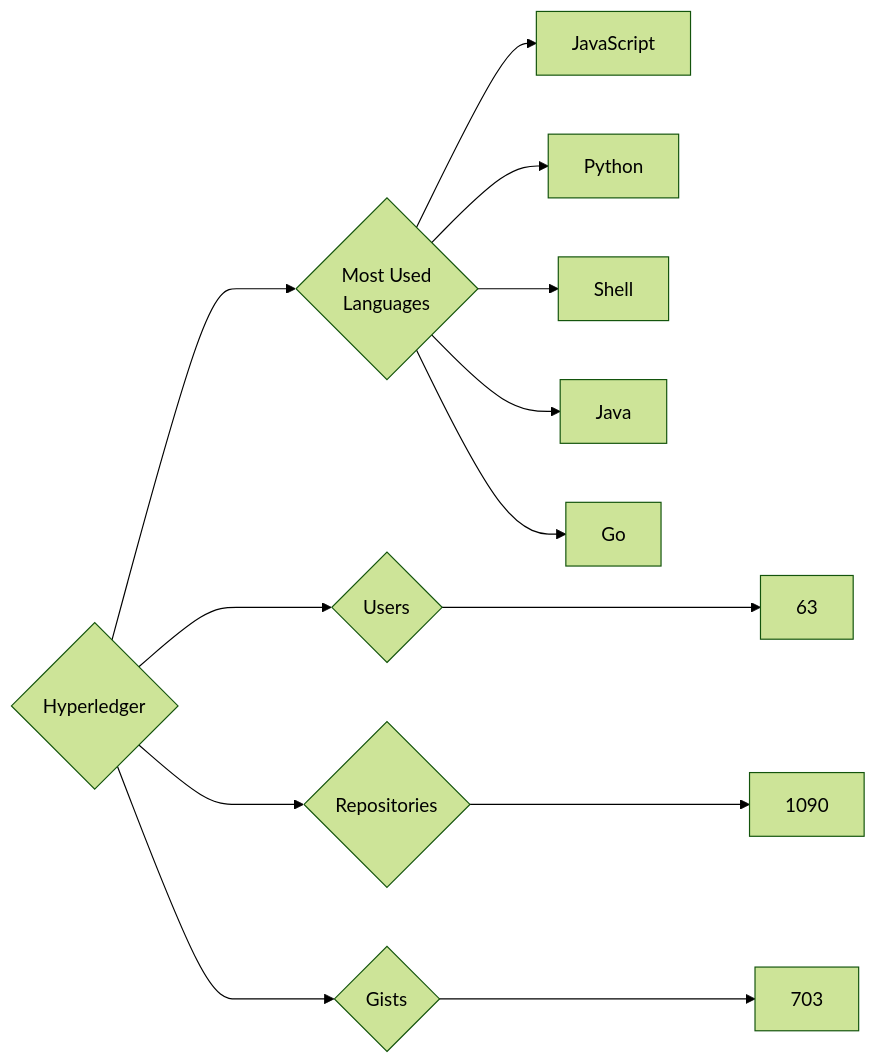
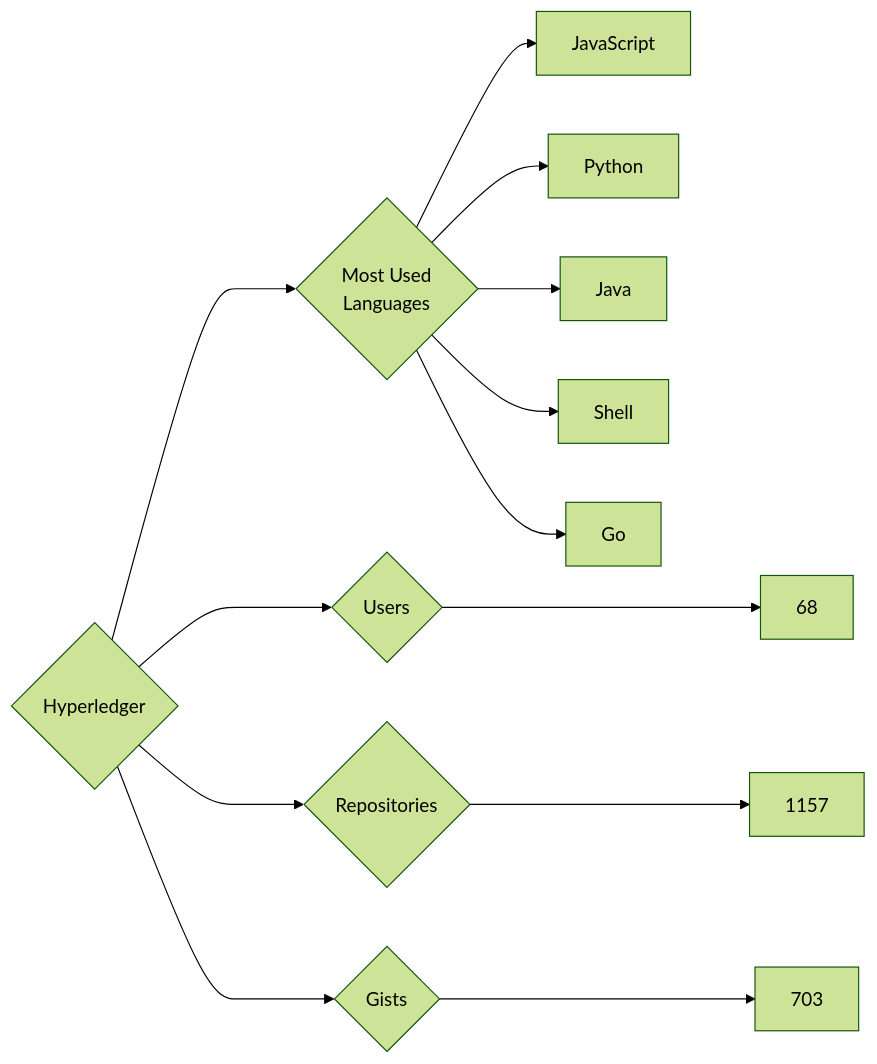
The diagram in targets/Hyperledger/README.md (trickest/insiders), drawn with Mermaid (forest theme) before and after one commit. The commit also changed 998 other files, not shown here.

````diff
--- a/targets/Hyperledger/README.md
+++ b/targets/Hyperledger/README.md
@@ -3,13 +3,13 @@
 ```mermaid
 graph LR
 COMPANY_NAME{Hyperledger}
-COMPANY_NAME ---> U{Users} ---> UN[63]
-COMPANY_NAME ---> R{Repositories} ---> RN[1090]
+COMPANY_NAME ---> U{Users} ---> UN[68]
+COMPANY_NAME ---> R{Repositories} ---> RN[1157]
 COMPANY_NAME ---> G{Gists} ---> GN[703]
 COMPANY_NAME ---> ML{Most Used<br>Languages}
 ML --> JavaScript[JavaScript]
 ML --> Python[Python]
+ML --> Java[Java]
 ML --> Shell[Shell]
-ML --> Java[Java]
 ML --> Go[Go]
 ```
````
